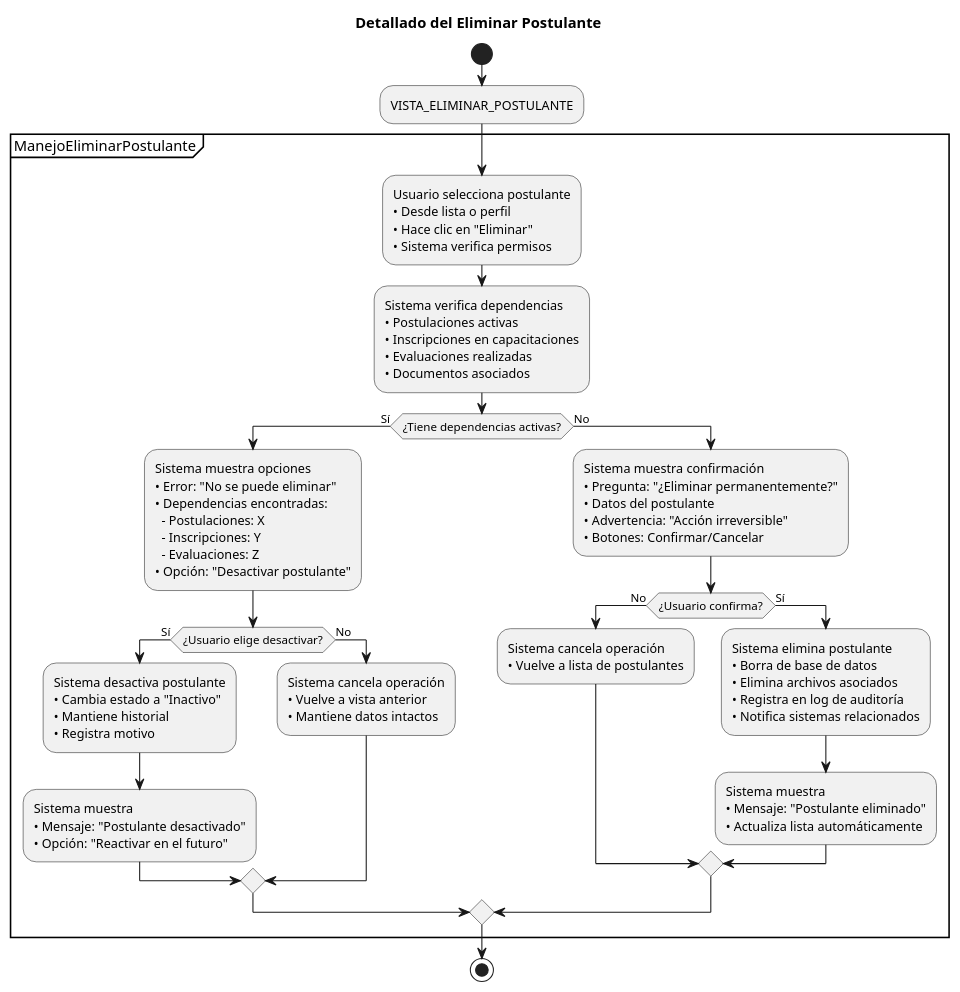
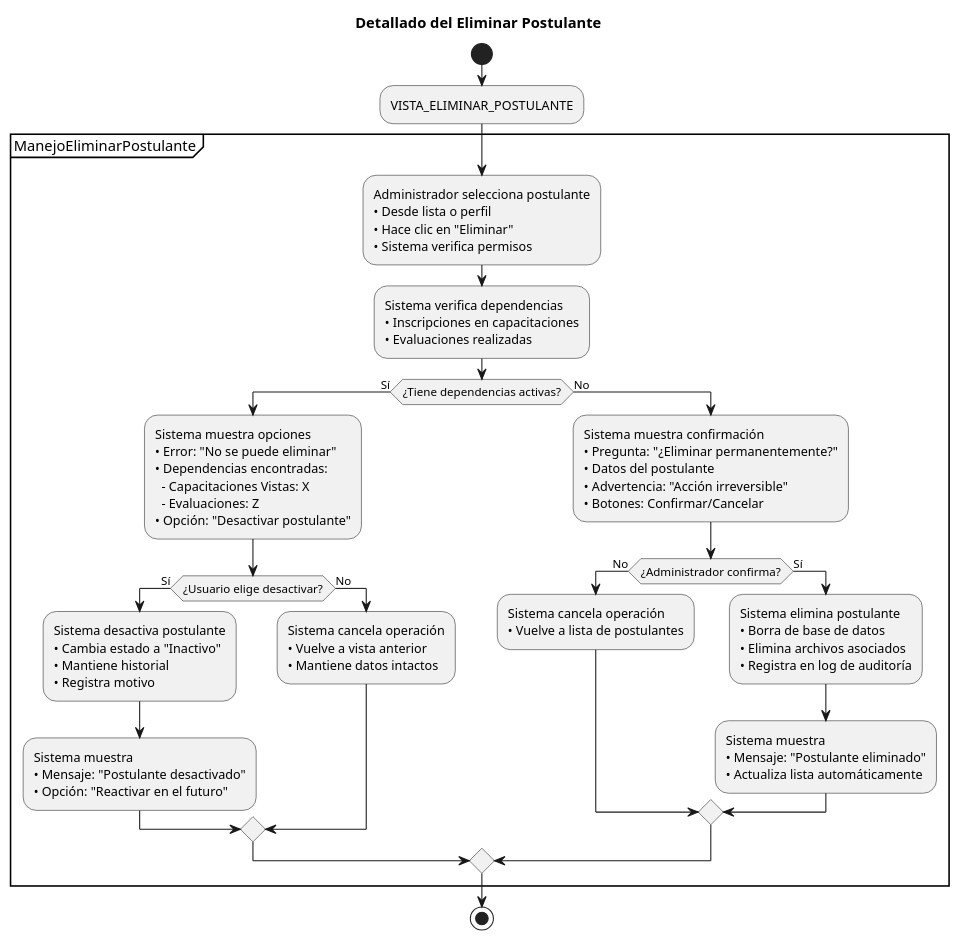
One commit to Dievex/24-25-IdSw1-SDR changed the diagram in casos_de_uso/diagramas_casos_de_uso_detallados/eliminar_postulante.puml. Above: the diagram before and after it, drawn with PlantUML. The commit also changed 3 other files, not shown here.

Commit message:
docs(use-case-diagrams): update actor role from "Usuario" to "Administrador" changed from

```diff
--- a/casos_de_uso/diagramas_casos_de_uso_detallados/eliminar_postulante.puml
+++ b/casos_de_uso/diagramas_casos_de_uso_detallados/eliminar_postulante.puml
@@ -1,76 +1,74 @@
 @startuml
 title Detallado del Eliminar Postulante
 
 start
 
 :VISTA_ELIMINAR_POSTULANTE;
 
 partition ManejoEliminarPostulante {
   
-  :Usuario selecciona postulante
+  :Administrador selecciona postulante
   • Desde lista o perfil
   • Hace clic en "Eliminar"
   • Sistema verifica permisos;
   
   :Sistema verifica dependencias
-  • Postulaciones activas
   • Inscripciones en capacitaciones
-  • Evaluaciones realizadas
-  • Documentos asociados;
+  • Evaluaciones realizadas;
+
   
   if (¿Tiene dependencias activas?) then (Sí)
     :Sistema muestra opciones
     • Error: "No se puede eliminar"
     • Dependencias encontradas:
-      - Postulaciones: X
-      - Inscripciones: Y
+      - Capacitaciones Vistas: X
       - Evaluaciones: Z
     • Opción: "Desactivar postulante";
     
     if (¿Usuario elige desactivar?) then (Sí)
       :Sistema desactiva postulante
       • Cambia estado a "Inactivo"
       • Mantiene historial
       • Registra motivo;
       
       :Sistema muestra
       • Mensaje: "Postulante desactivado"
       • Opción: "Reactivar en el futuro";
       
     else (No)
       :Sistema cancela operación
       • Vuelve a vista anterior
       • Mantiene datos intactos;
       
     endif
     
   else (No)
     :Sistema muestra confirmación
     • Pregunta: "¿Eliminar permanentemente?"
     • Datos del postulante
     • Advertencia: "Acción irreversible"
     • Botones: Confirmar/Cancelar;
     
-    if (¿Usuario confirma?) then (No)
+    if (¿Administrador confirma?) then (No)
       :Sistema cancela operación
       • Vuelve a lista de postulantes;
       
     else (Sí)
       :Sistema elimina postulante
       • Borra de base de datos
       • Elimina archivos asociados
-      • Registra en log de auditoría
-      • Notifica sistemas relacionados;
+      • Registra en log de auditoría;
+    
       
       :Sistema muestra
       • Mensaje: "Postulante eliminado"
       • Actualiza lista automáticamente;
       
     endif
     
   endif
   
 }
 
 stop
 @enduml
```
